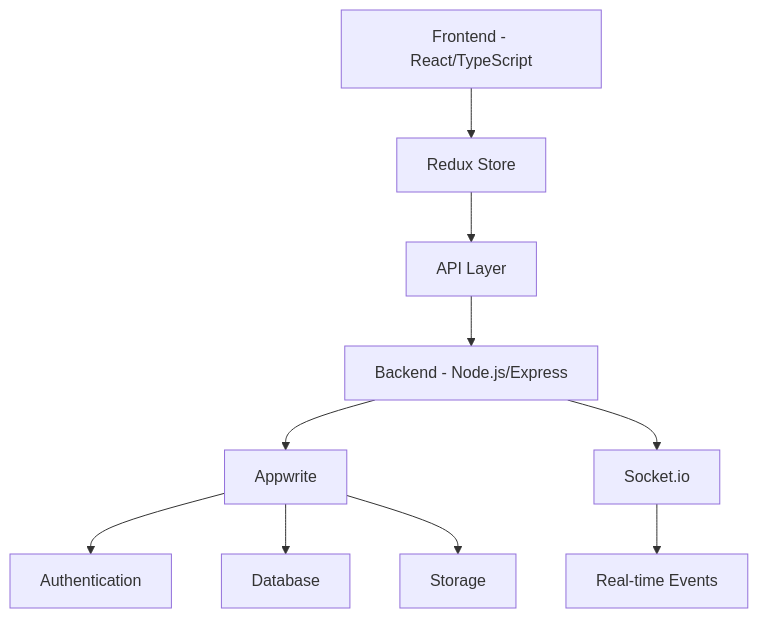
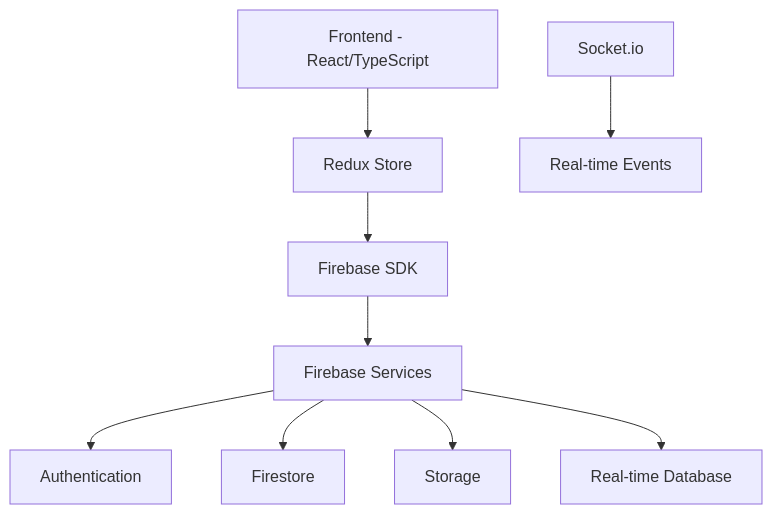
The diagram in README.md (tarunerror/remote-team-hub), drawn with Mermaid before and after one commit. The commit also changed other lines of this file and 7 other files, not shown here.

````diff
--- a/README.md
+++ b/README.md
@@ -139,12 +113,11 @@
 ```mermaid
 graph TD
     A[Frontend - React/TypeScript] --> B[Redux Store]
-    B --> C[API Layer]
-    C --> D[Backend - Node.js/Express]
-    D --> E[Appwrite]
-    D --> F[Socket.io]
-    E --> G[Authentication]
-    E --> H[Database]
-    E --> I[Storage]
-    F --> J[Real-time Events]
+    B --> C[Firebase SDK]
+    C --> D[Firebase Services]
+    D --> E[Authentication]
+    D --> F[Firestore]
+    D --> G[Storage]
+    D --> H[Real-time Database]
+    I[Socket.io] --> J[Real-time Events]
 ```
````
